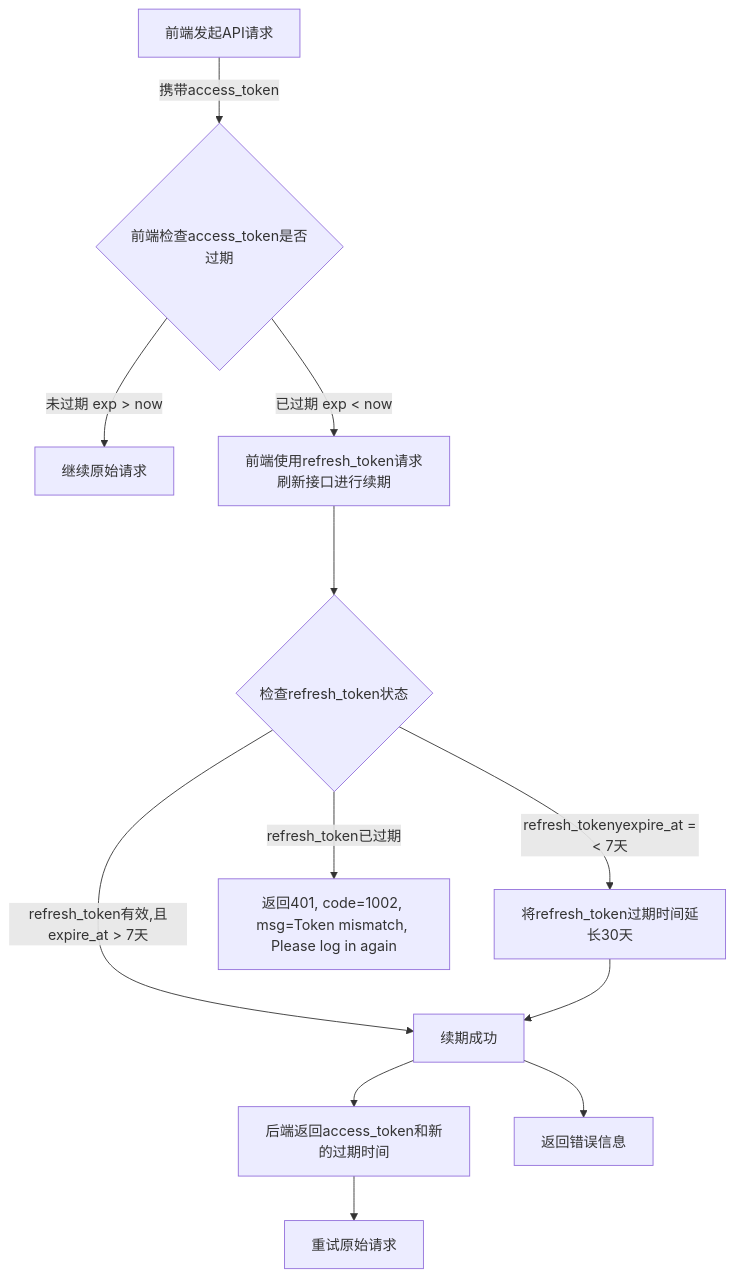
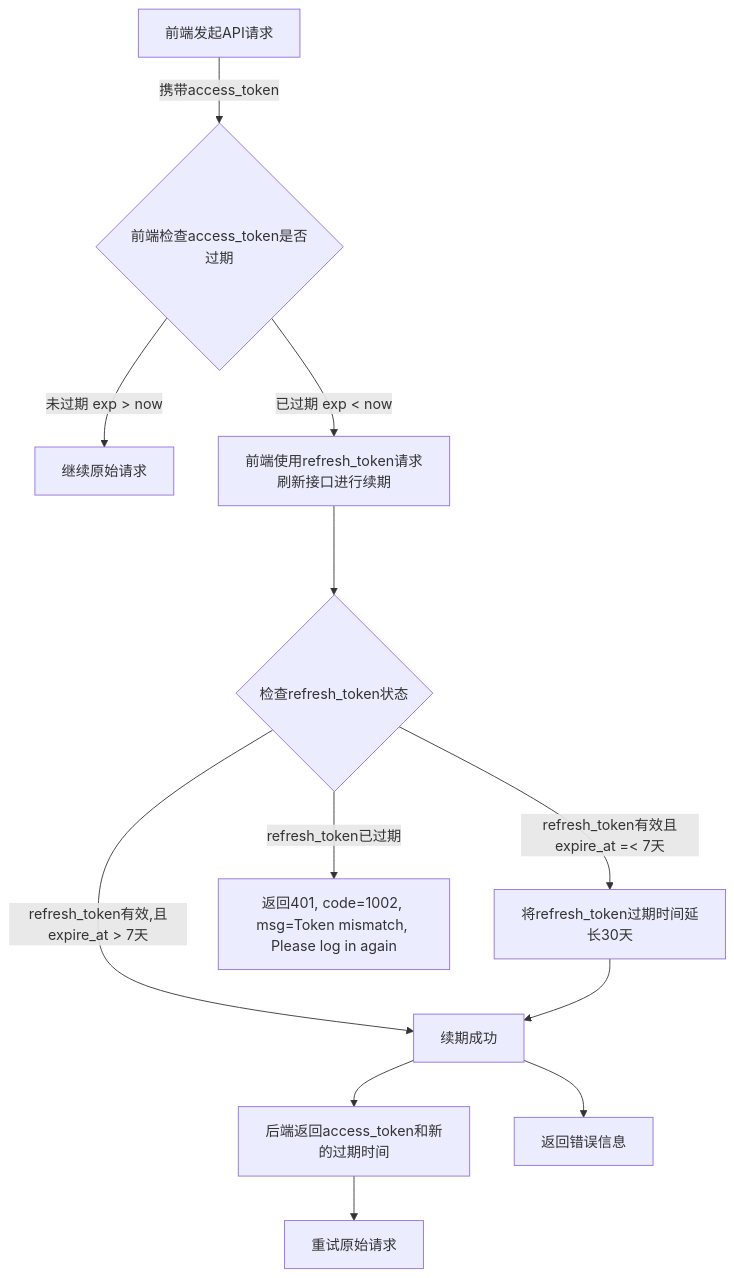
The diagram in all/openAPI-17.md (yingjianzh/iodraw-files), drawn with Mermaid before and after one commit.

Commit message:
2025-01-08 18:16:39 update

````diff
--- a/all/openAPI-17.md
+++ b/all/openAPI-17.md
@@ -1,15 +1,15 @@
 ```mermaid
 flowchart TD
     A[前端发起API请求] -->|携带access_token| B{前端检查access_token是否过期}
     B -->|未过期 exp > now| C[继续原始请求]
     B -->|已过期 exp < now| D[前端使用refresh_token请求刷新接口进行续期]
     D ---> L{检查refresh_token状态}
-    L -->|refresh_tokenyexpire_at =< 7天| E[将refresh_token过期时间延长30天]
+    L -->|refresh_token有效且expire_at =< 7天| E[将refresh_token过期时间延长30天]
     L -->|refresh_token已过期| F[返回401, code=1002, msg=Token mismatch, Please log in again]
     L -->|refresh_token有效,且expire_at > 7天 | G[续期成功]
     G -->H[后端返回access_token和新的过期时间]
     G -->I[返回错误信息]
     H --> J[重试原始请求]
     E --> G
 
 ```
````
